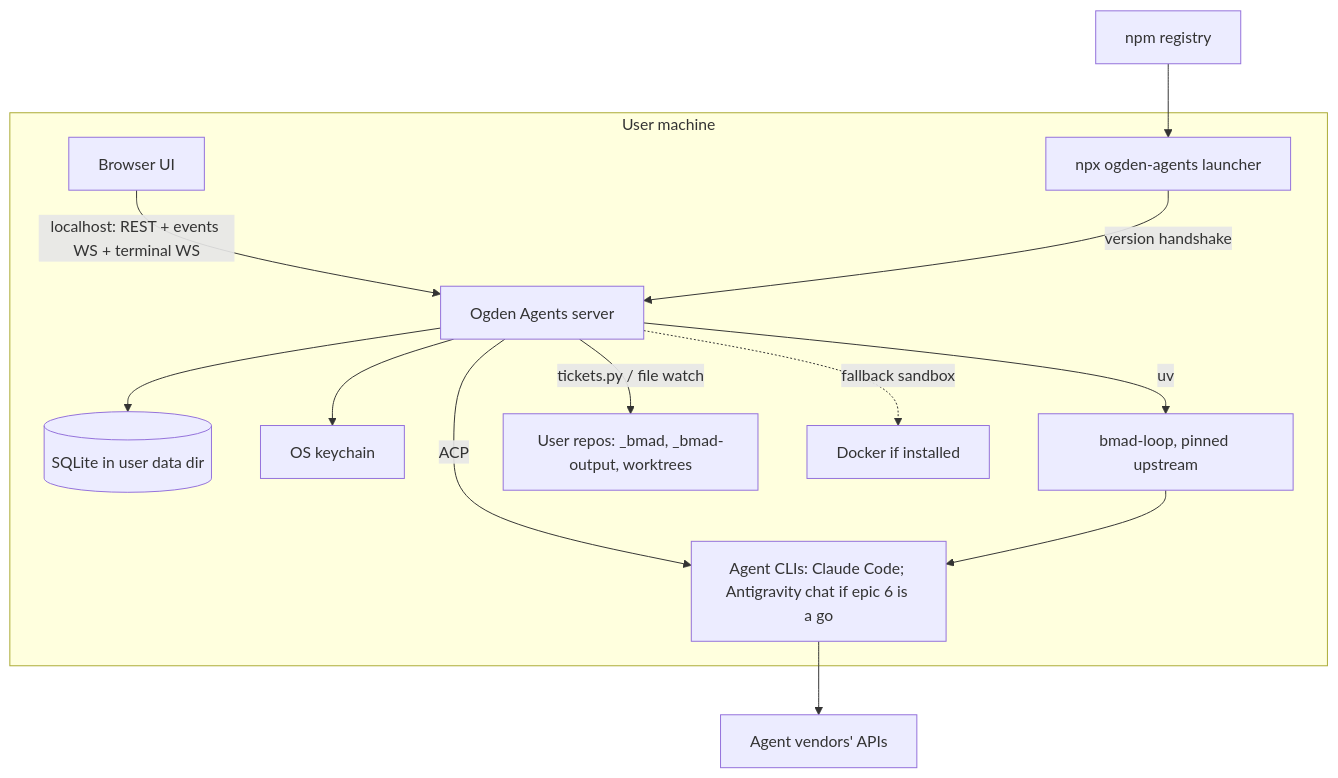
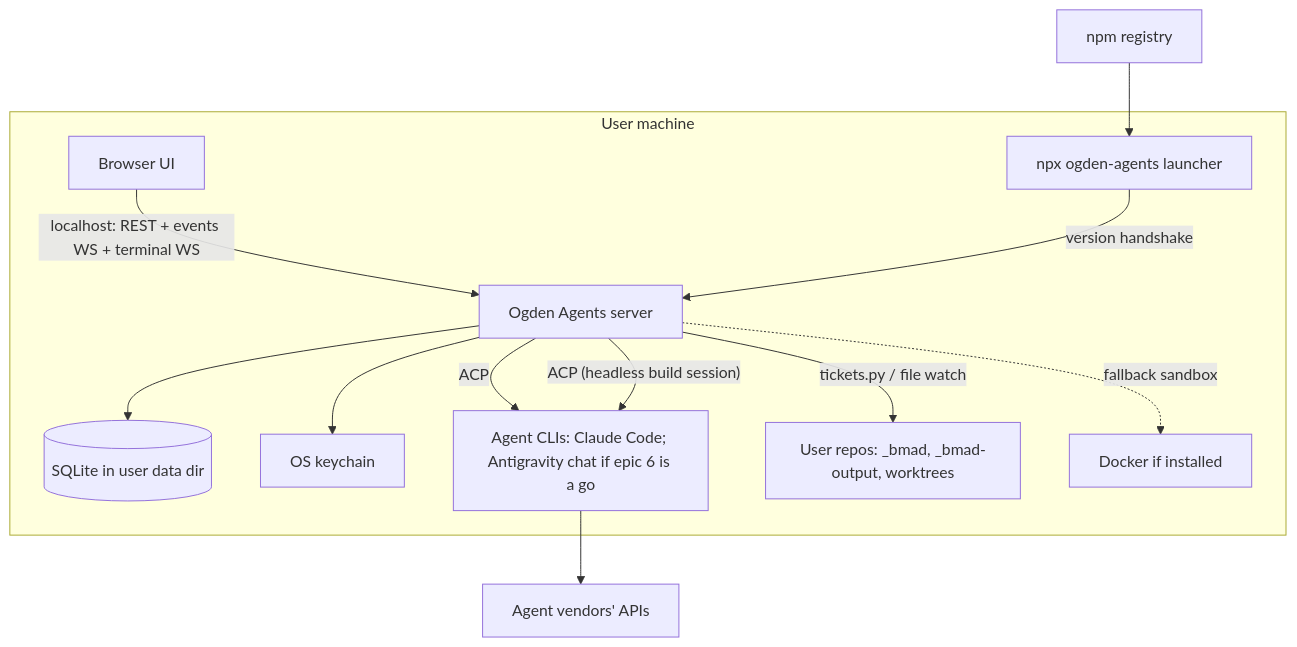
The second of 3 diagrams in _bmad-output/initiative-ogden-agents/architecture-ogden-agents/architecture-ogden-agents.md (hsmith-dev/ogden-agents), drawn with Mermaid before and after one commit. The commit also changed other lines of this file and 10 other files, not shown here.

First line of the commit message:
Epic 5: take the ACP fallback for builds (no bmad-loop in v1)

````diff
--- a/_bmad-output/initiative-ogden-agents/architecture-ogden-agents/architecture-ogden-agents.md
+++ b/_bmad-output/initiative-ogden-agents/architecture-ogden-agents/architecture-ogden-agents.md
@@ -340,15 +345,15 @@
 ```mermaid
 graph TB
   subgraph Machine["User machine"]
     B[Browser UI] -- "localhost: REST + events WS + terminal WS" --> S[Ogden Agents server]
     L[npx ogden-agents launcher] -- version handshake --> S
     S --> DB[(SQLite in user data dir)]
     S --> K[OS keychain]
     S -- ACP --> A[Agent CLIs: Claude Code; Antigravity chat if epic 6 is a go]
-    S -- uv --> BL[bmad-loop, pinned upstream] --> A
+    S -- "ACP (headless build session)" --> A
     S -- tickets.py / file watch --> R[User repos: _bmad, _bmad-output, worktrees]
     S -. fallback sandbox .-> D[Docker if installed]
   end
   A --> V[Agent vendors' APIs]
   NPM[npm registry] --> L
 ```
````
